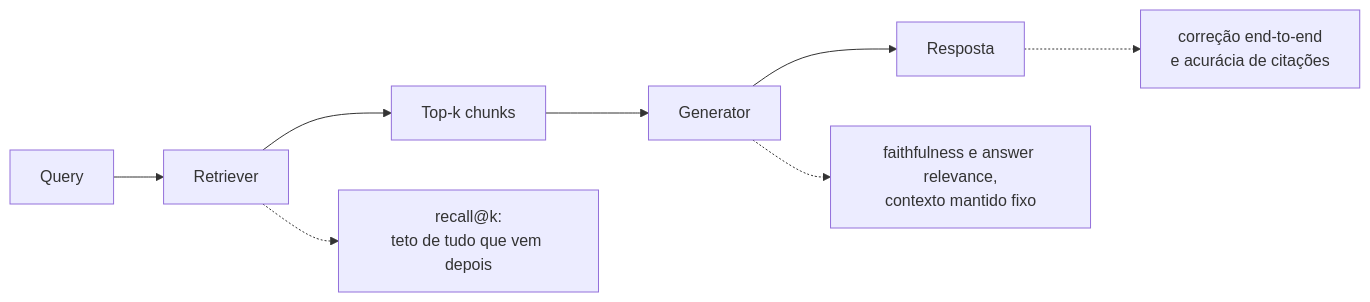
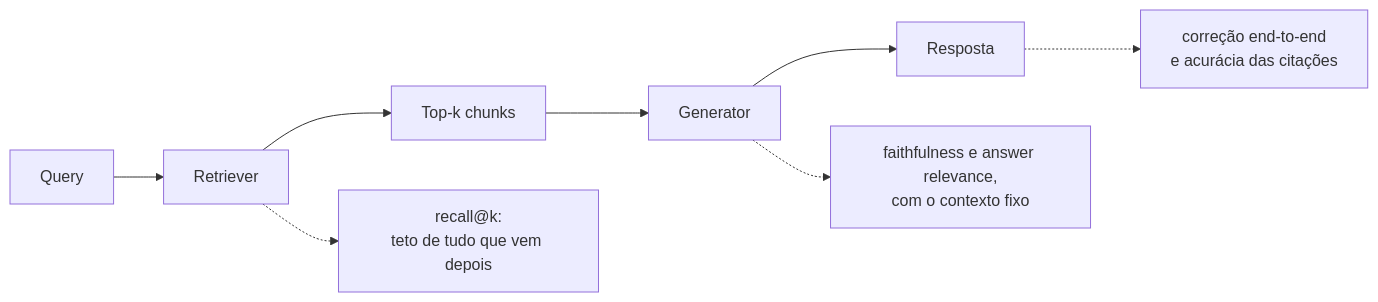
Before and after one commit to andrevberaldo/AI-Engineer-Interview-Questions: the ninth of 28 diagrams in 07-evaluation-and-observability/questions.pt-BR.md, drawn with Mermaid. The commit also changed other lines of this file and 1 other file, not shown here.

````diff
--- a/07-evaluation-and-observability/questions.pt-BR.md
+++ b/07-evaluation-and-observability/questions.pt-BR.md
@@ -564,10 +564,10 @@
 ```mermaid
 flowchart LR
     Q["Query"] --> R["Retriever"]
     R --> C["Top-k chunks"]
     C --> G["Generator"]
     G --> A["Resposta"]
     R -.-> M1["recall@k:<br/>teto de tudo que vem depois"]
-    G -.-> M2["faithfulness e answer relevance,<br/>contexto mantido fixo"]
-    A -.-> M3["correção end-to-end<br/>e acurácia de citações"]
+    G -.-> M2["faithfulness e answer relevance,<br/>com o contexto fixo"]
+    A -.-> M3["correção end-to-end<br/>e acurácia das citações"]
 ```
````
